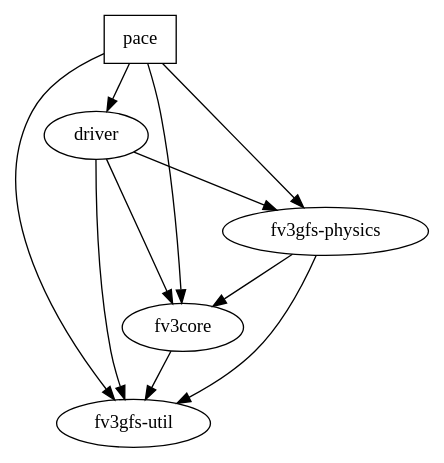
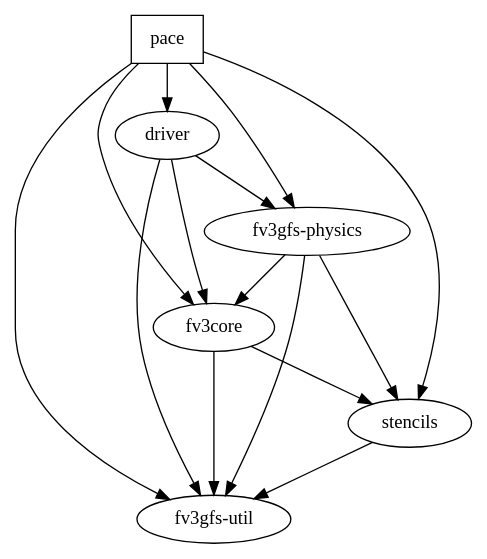
The diagram in dependencies.dot (ai2cm/pace), drawn with Graphviz before and after one commit. The commit also changed 21 other files, not shown here.

```diff
--- a/dependencies.dot
+++ b/dependencies.dot
@@ -1,25 +1,31 @@
 # this dotfile is used as a reference source for project dependencies
 # each folder entry must have a "label" equal to its directory name
 #
 # If you update this file, please re-generate the svg with `make dependencies.svg`
 # and commit it to the repository
 
 digraph {
   pace [shape=box]
   fv3core [shape=oval, label="fv3core"]
   driver [shape=oval, label="driver"]
   physics [shape=oval, label="fv3gfs-physics"]
+  stencils [shape=oval, label="stencils"]
   util [shape=oval, label="fv3gfs-util"]
+
 
   pace -> fv3core
   pace -> physics
   pace -> util
   pace -> driver
+  pace -> stencils
   driver -> fv3core
   driver -> physics
   driver -> util
   fv3core -> util
+  fv3core -> stencils
   physics -> util
   physics -> fv3core
+  physics -> stencils
+  stencils -> util
 
 }
```
